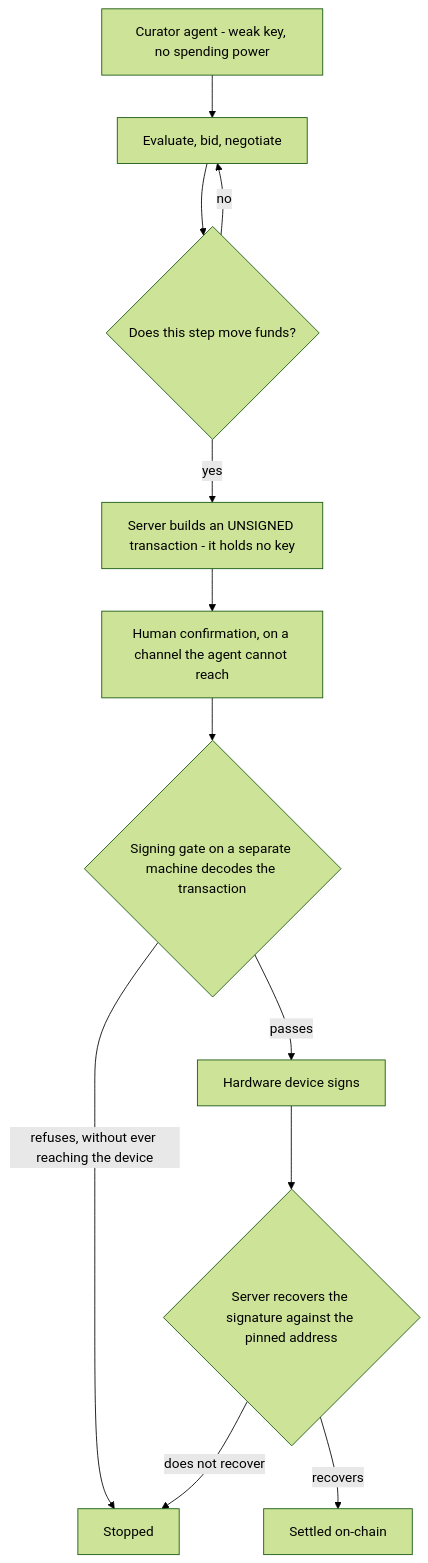
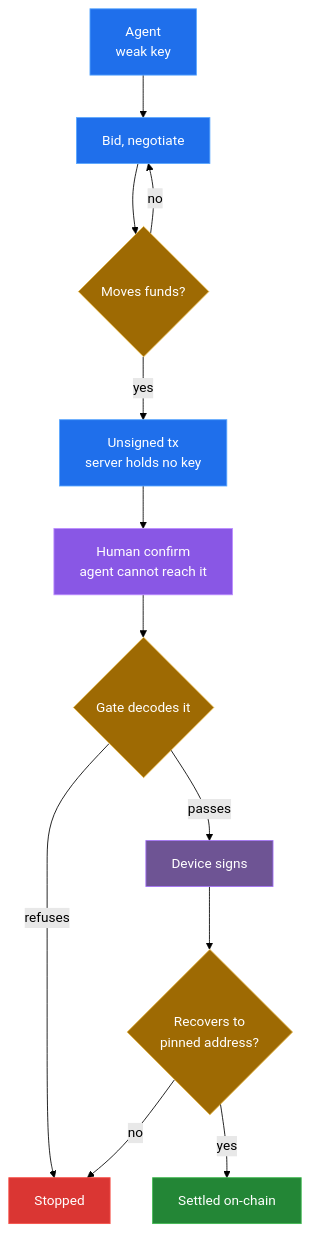
One commit to avp9-nexus/avp9-nexus changed the diagram in README.md. Above: the diagram before and after it, drawn with Mermaid (forest theme). The commit also changed other lines of this file, not shown here.

Commit message:
Revise flowchart for spend confirmation process

````diff
--- a/README.md
+++ b/README.md
@@ -31,14 +34,27 @@
 ```mermaid
 flowchart TD
-  A["Curator agent - weak key, no spending power"] --> B["Evaluate, bid, negotiate"]
-  B --> C{"Does this step move funds?"}
-  C -->|"no"| B
-  C -->|"yes"| D["Server builds an UNSIGNED transaction - it holds no key"]
-  D --> E["Human confirmation, on a channel the agent cannot reach"]
-  E --> F{"Signing gate on a separate machine decodes the transaction"}
-  F -->|"refuses, without ever reaching the device"| S["Stopped"]
-  F -->|"passes"| G["Hardware device signs"]
-  G --> H{"Server recovers the signature against the pinned address"}
-  H -->|"does not recover"| S
-  H -->|"recovers"| Z["Settled on-chain"]
+  A["Agent<br>weak key"] --> B["Bid, negotiate"]
+  B --> C{"Moves funds?"}
+  C -->|no| B
+  C -->|yes| D["Unsigned tx<br>server holds no key"]
+  D --> E["Human confirm<br>agent cannot reach it"]
+  E --> F{"Gate decodes it"}
+  F -->|refuses| S["Stopped"]
+  F -->|passes| G["Device signs"]
+  G --> H{"Recovers to<br>pinned address?"}
+  H -->|no| S
+  H -->|yes| Z["Settled on-chain"]
+
+  classDef agent fill:#1f6feb,stroke:#58a6ff,stroke-width:1px,color:#fff
+  classDef human fill:#8957e5,stroke:#bc8cff,stroke-width:1px,color:#fff
+  classDef check fill:#9e6a03,stroke:#e3b341,stroke-width:1px,color:#fff
+  classDef device fill:#6e5494,stroke:#a371f7,stroke-width:1px,color:#fff
+  classDef stop fill:#da3633,stroke:#f85149,stroke-width:1px,color:#fff
+  classDef done fill:#238636,stroke:#3fb950,stroke-width:1px,color:#fff
+  class A,B,D agent
+  class E human
+  class C,F,H check
+  class G device
+  class S stop
+  class Z done
 ```
````
